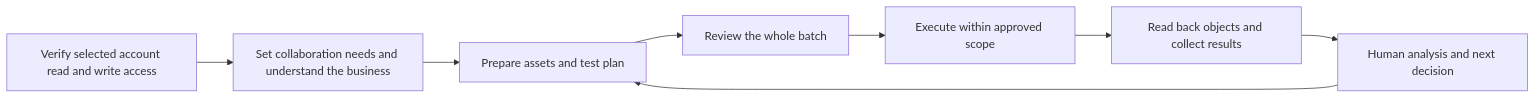
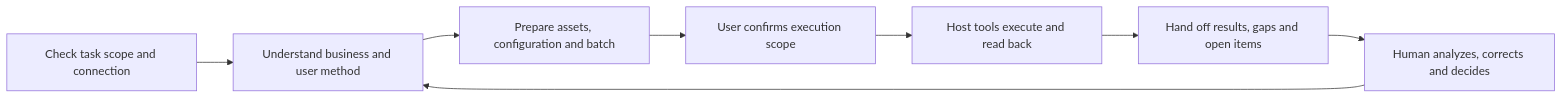
One commit to creator2000212-crypto/ad-ops-agent changed the diagram in README.md. Above: the diagram before and after it, drawn with Mermaid. The commit also changed other lines of this file and 32 other files, not shown here.

````diff
--- a/README.md
+++ b/README.md
@@ -19,10 +21,10 @@
 ```mermaid
 flowchart LR
-    A[Verify selected account read and write access] --> B[Set collaboration needs and understand the business]
-    B --> C[Prepare assets and test plan]
-    C --> D[Review the whole batch]
-    D --> E[Execute within approved scope]
-    E --> F[Read back objects and collect results]
-    F --> G[Human analysis and next decision]
-    G --> C
+    A["Check task scope and connection"] --> B["Understand business and user method"]
+    B --> C["Prepare assets, configuration and batch"]
+    C --> D["User confirms execution scope"]
+    D --> E["Host tools execute and read back"]
+    E --> F["Hand off results, gaps and open items"]
+    F --> G["Human analyzes, corrects and decides"]
+    G --> B
 ```
````
